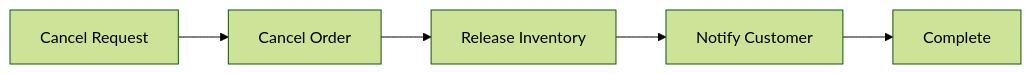
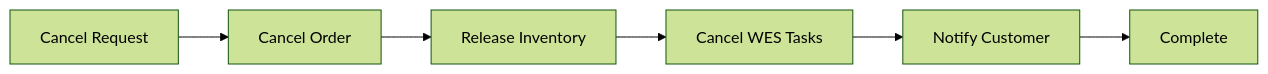
Before and after one commit to temporal-wms/wms-platform: the third of 5 diagrams in ecosystem-documentation/docs/services/orchestrator.md, drawn with Mermaid (forest theme). The commit also changed other lines of this file and 23 other files, not shown here.

````diff
--- a/ecosystem-documentation/docs/services/orchestrator.md
+++ b/ecosystem-documentation/docs/services/orchestrator.md
@@ -58,7 +73,8 @@
 ```mermaid
 graph LR
     Start[Cancel Request] --> CancelOrder[Cancel Order]
     CancelOrder --> ReleaseInventory[Release Inventory]
-    ReleaseInventory --> Notify[Notify Customer]
+    ReleaseInventory --> CancelWES[Cancel WES Tasks]
+    CancelWES --> Notify[Notify Customer]
     Notify --> Complete[Complete]
 ```
````
